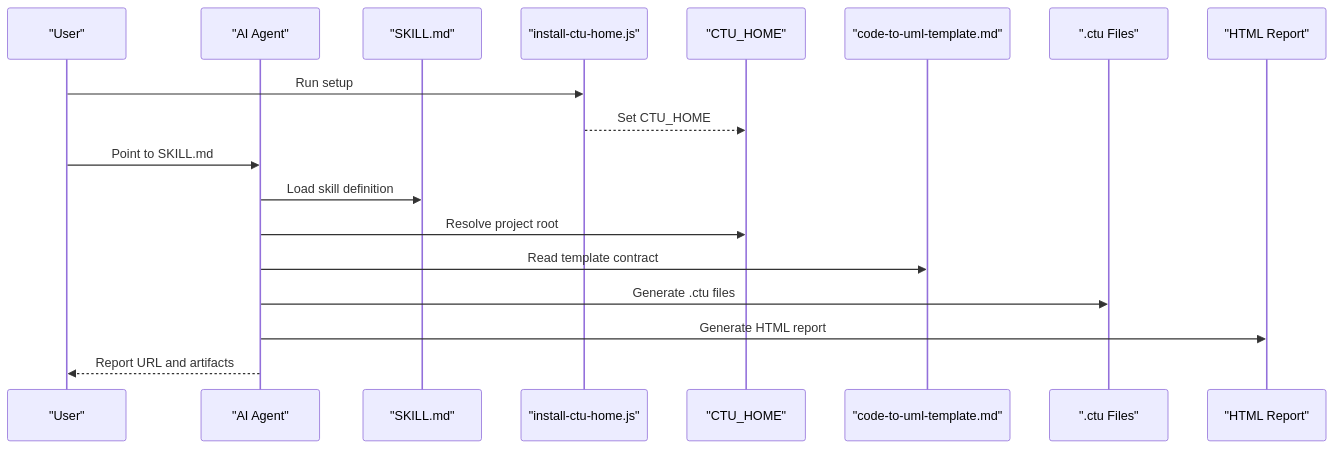
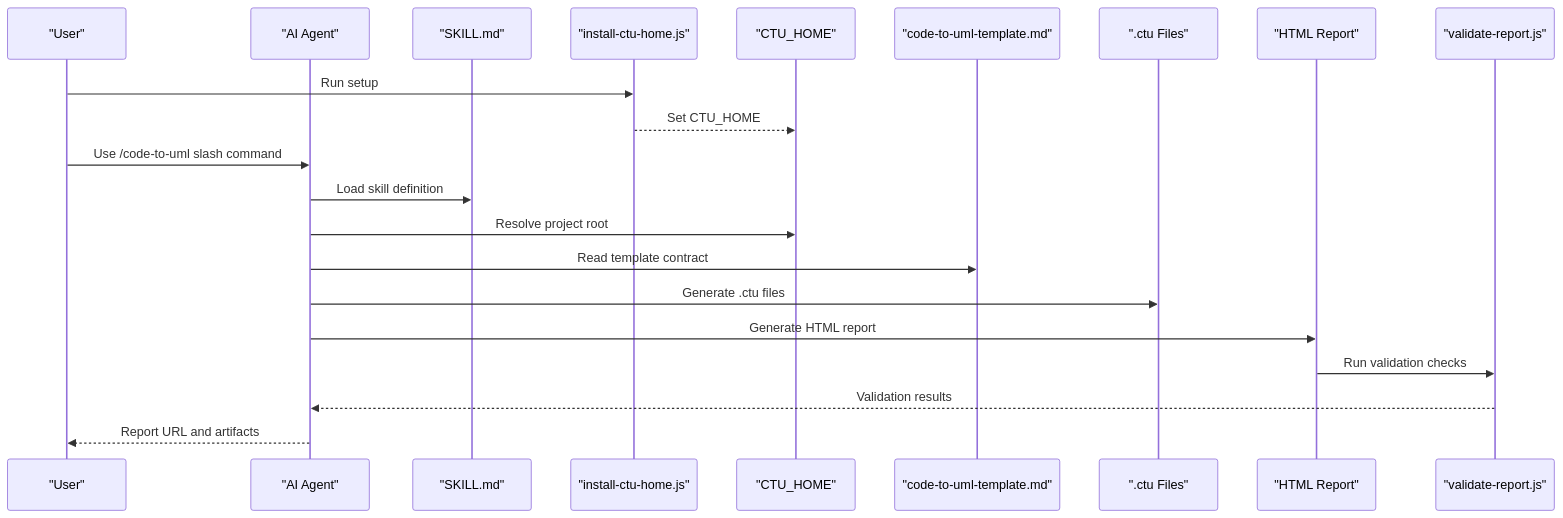
One commit to pingwurth/code-to-uml changed the second of 8 diagrams in .qoder/repowiki/en/content/AI Agent Integration/AI Agent Integration.md. Above: the diagram before and after it, drawn with Mermaid. The commit also changed other lines of this file and 55 other files, not shown here.

````diff
--- a/.qoder/repowiki/en/content/AI Agent Integration/AI Agent Integration.md
+++ b/.qoder/repowiki/en/content/AI Agent Integration/AI Agent Integration.md
@@ -92,20 +130,23 @@
 ```mermaid
 sequenceDiagram
 participant User as "User"
 participant Agent as "AI Agent"
 participant Skill as "SKILL.md"
 participant Installer as "install-ctu-home.js"
 participant Env as "CTU_HOME"
 participant Template as "code-to-uml-template.md"
 participant Data as ".ctu Files"
 participant HTML as "HTML Report"
+participant Validator as "validate-report.js"
 User->>Installer : Run setup
 Installer-->>Env : Set CTU_HOME
-User->>Agent : Point to SKILL.md
+User->>Agent : Use /code-to-uml slash command
 Agent->>Skill : Load skill definition
 Agent->>Env : Resolve project root
 Agent->>Template : Read template contract
 Agent->>Data : Generate .ctu files
 Agent->>HTML : Generate HTML report
+HTML->>Validator : Run validation checks
+Validator-->>Agent : Validation results
 Agent-->>User : Report URL and artifacts
 ```
````
